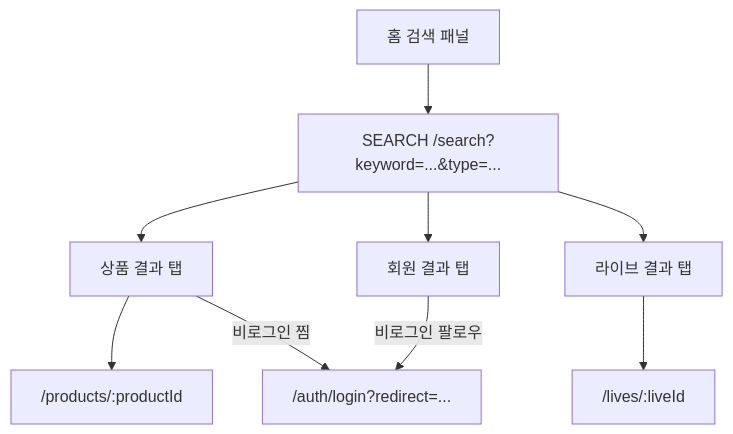
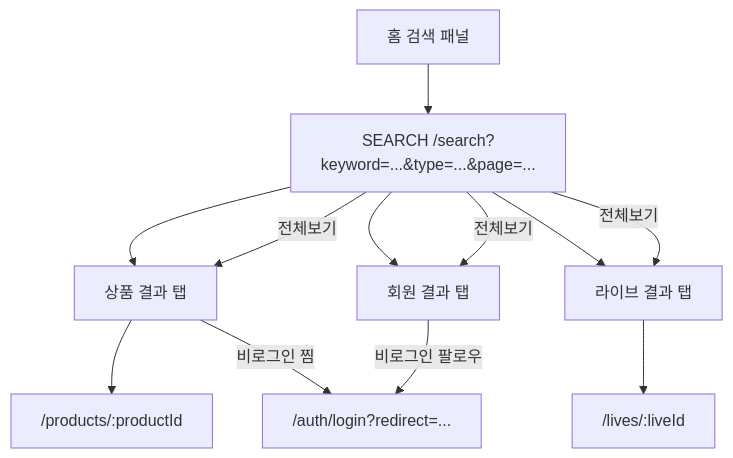
Before and after one commit to Team-vintib/Vintib-AI: the fifth of 5 diagrams in FE/docs/frontend/flows/route-map.md, drawn with Mermaid. The commit also changed other lines of this file and 6 other files, not shown here.

````diff
--- a/FE/docs/frontend/flows/route-map.md
+++ b/FE/docs/frontend/flows/route-map.md
@@ -131,20 +131,23 @@
 ```mermaid
 flowchart TD
   HomeSearch["홈 검색 패널"]
-  SearchPage["SEARCH /search?keyword=...&type=..."]
+  SearchPage["SEARCH /search?keyword=...&type=...&page=..."]
   ProductTab["상품 결과 탭"]
   LiveTab["라이브 결과 탭"]
   MemberTab["회원 결과 탭"]
   ProductDetail["/products/:productId"]
   LiveWatch["/lives/:liveId"]
   Login["/auth/login?redirect=..."]
 
   HomeSearch --> SearchPage
   SearchPage --> ProductTab
   SearchPage --> LiveTab
   SearchPage --> MemberTab
+  SearchPage -->|"전체보기"| ProductTab
+  SearchPage -->|"전체보기"| LiveTab
+  SearchPage -->|"전체보기"| MemberTab
   ProductTab --> ProductDetail
   LiveTab --> LiveWatch
   ProductTab -->|비로그인 찜| Login
   MemberTab -->|비로그인 팔로우| Login
 ```
````
